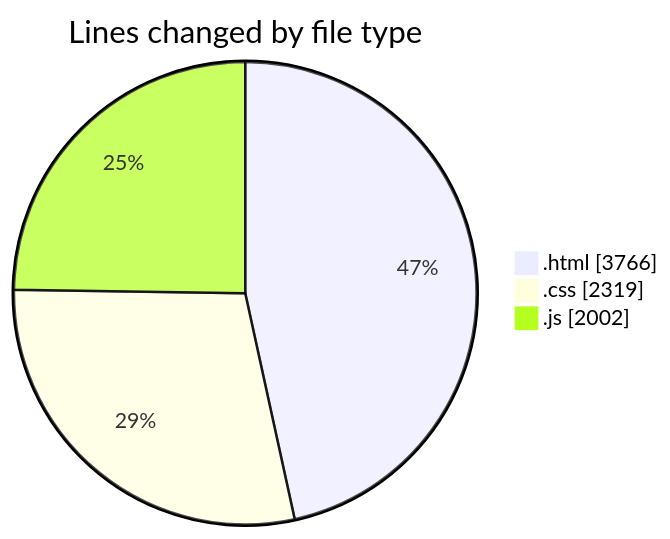
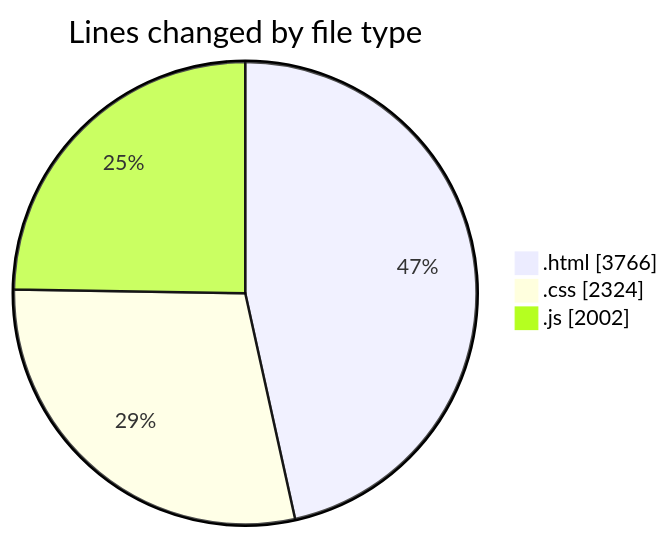
The first of 2 diagrams in 2025-05-24/projects/README.md (Ritupan-Deka/code-tracking), drawn with Mermaid before and after one commit. The commit also changed other lines of this file and 1 other file, not shown here.

````diff
--- a/2025-05-24/projects/README.md
+++ b/2025-05-24/projects/README.md
@@ -25,7 +25,7 @@
 ```mermaid
 pie showData
 title Lines changed by file type
 ".html" : 3766
-".css" : 2319
+".css" : 2324
 ".js" : 2002
 ```
````
